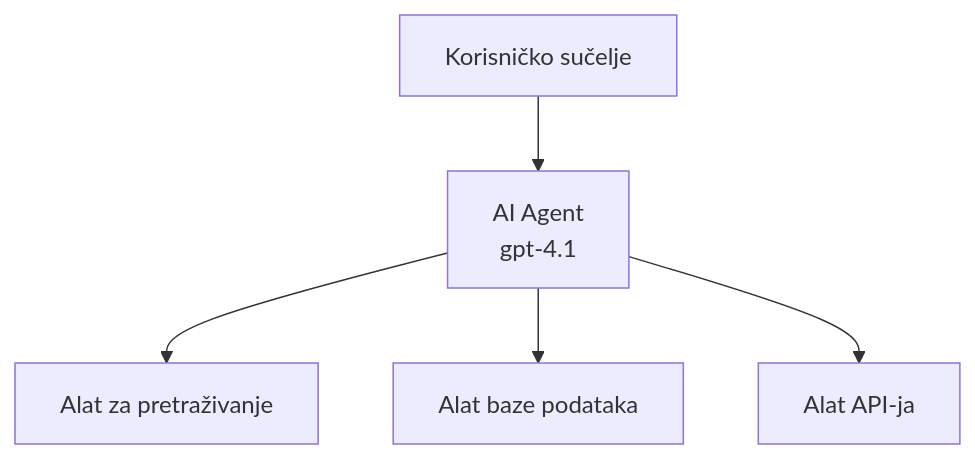
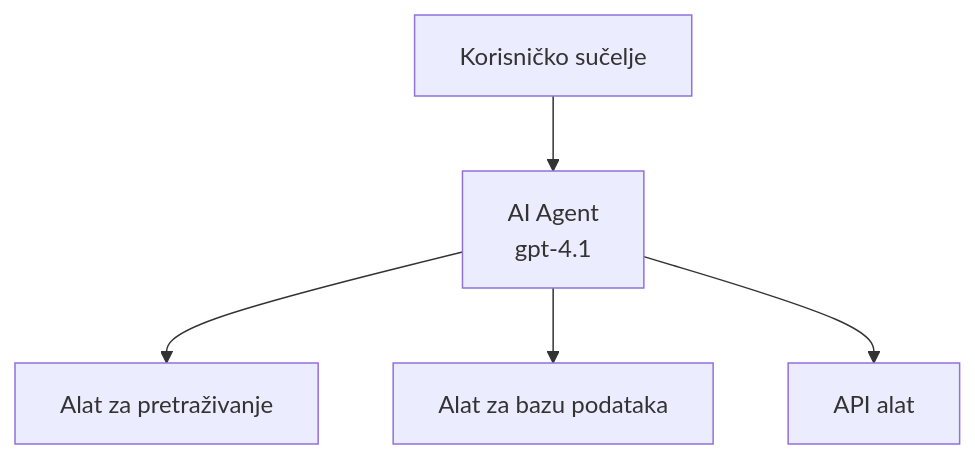
Before and after one commit to microsoft/AZD-for-beginners: the first of 3 diagrams in translations/hr/docs/chapter-02-ai-development/agents.md, drawn with Mermaid. The commit also changed other lines of this file and 104 other files, not shown here.

````diff
--- a/translations/hr/docs/chapter-02-ai-development/agents.md
+++ b/translations/hr/docs/chapter-02-ai-development/agents.md
@@ -157,7 +162,7 @@
 ```mermaid
 graph TD
     UI[Korisničko sučelje] --> Agent[AI Agent<br/>gpt-4.1]
     Agent --> Search[Alat za pretraživanje]
-    Agent --> Database[Alat baze podataka]
-    Agent --> API[Alat API-ja]
+    Agent --> Database[Alat za bazu podataka]
+    Agent --> API[API alat]
 ```
````
